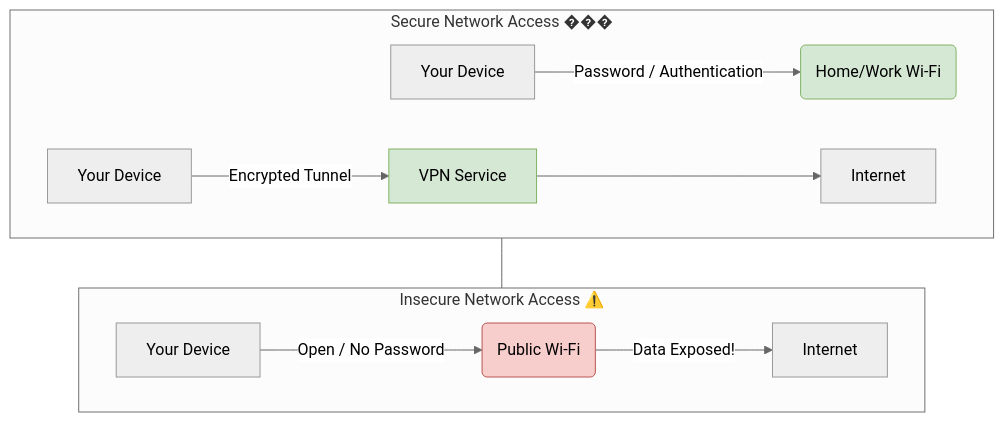
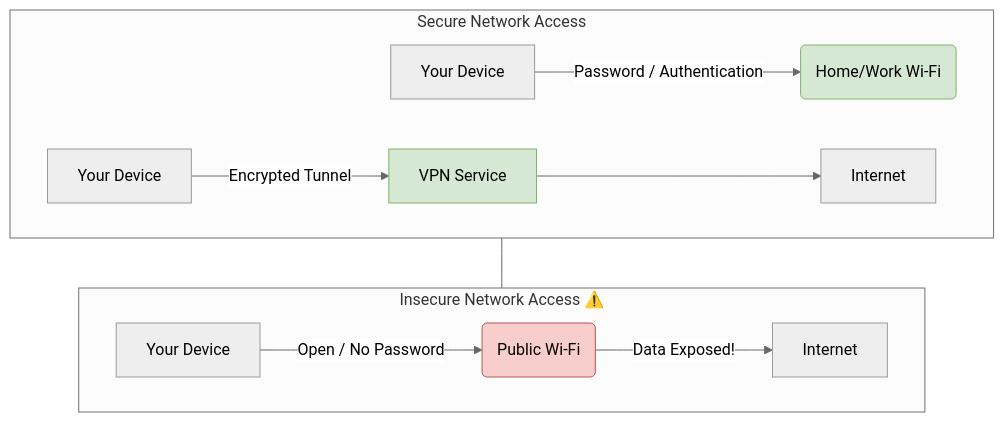
One commit to onboarding-expert/security-onboarding changed the diagram in 3_PHYSICAL_NETWORK_ACCESS.md. Above: the diagram before and after it, drawn with Mermaid (neutral theme). The commit also changed 1 other file, not shown here.

Commit message:
docs: Cleaning up broken emoji

````diff
--- a/3_PHYSICAL_NETWORK_ACCESS.md
+++ b/3_PHYSICAL_NETWORK_ACCESS.md
@@ -20,19 +20,19 @@
 ```mermaid
 graph TD
-    subgraph Secure Access [Secure Network Access ���]
+    subgraph Secure Access [Secure Network Access]
         direction LR
         Device1[Your Device] -->|Password / Authentication| SNet(Home/Work Wi-Fi)
         Device2[Your Device] -->|Encrypted Tunnel| VPN[VPN Service] --> Internet1[Internet]
     end
 
     subgraph Insecure Access [Insecure Network Access ⚠️]
         direction LR
         Device3[Your Device] -->|Open / No Password| PNet(Public Wi-Fi) -->|Data Exposed!| Internet2[Internet]
     end
 
     style SNet fill:#D5E8D4,stroke:#82B366
     style VPN fill:#D5E8D4,stroke:#82B366
     style PNet fill:#F8CECC,stroke:#B85450
 
     Internet1 --- PNet
 ```
````
